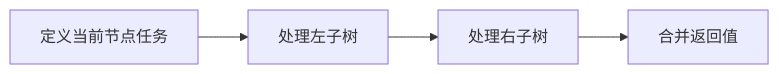
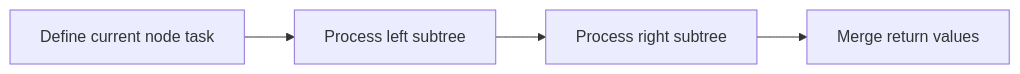
Before and after one commit to HONGLEI111/hhlblog-global: the diagram in src/content/technology/binary-tree.md, drawn with Mermaid. The commit also changed 33 other files, not shown here.

First line of the commit message:
content(code): 翻译 mermaid 图节点标签（34 文件 / 267 处）

````diff
--- a/src/content/technology/binary-tree.md
+++ b/src/content/technology/binary-tree.md
@@ -242,6 +242,6 @@
 ```mermaid
 graph LR
-    A[定义当前节点任务] --> B[处理左子树]
-    B --> C[处理右子树]
-    C --> D[合并返回值]
+    A[Define current node task] --> B[Process left subtree]
+    B --> C[Process right subtree]
+    C --> D[Merge return values]
 ```
````
